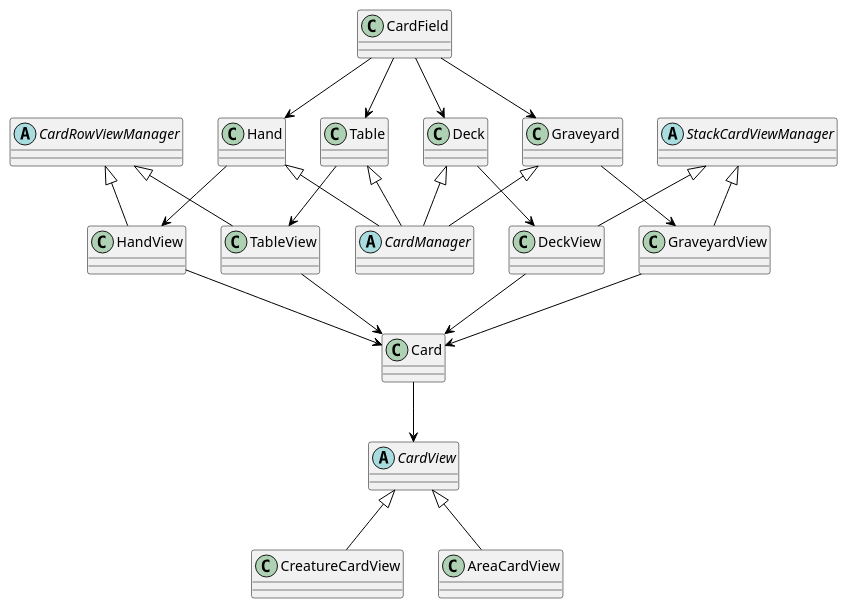
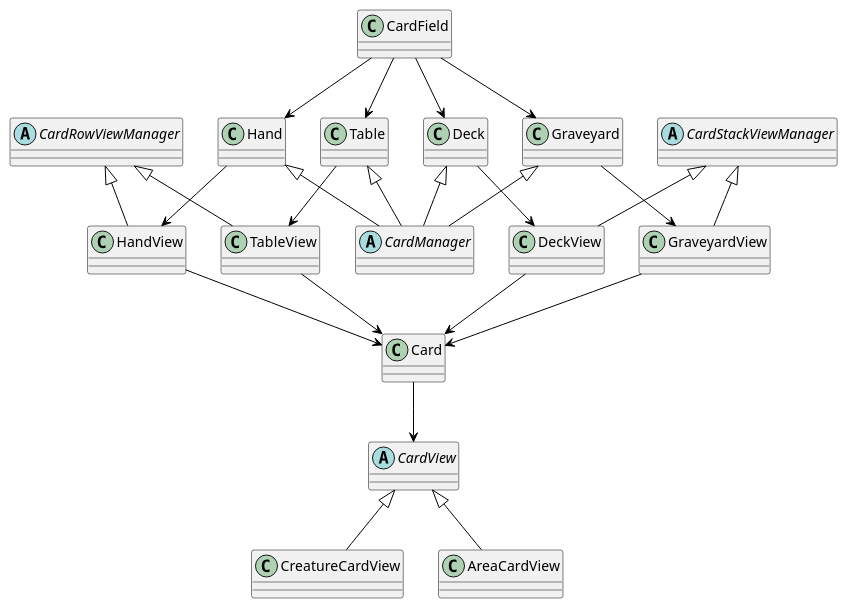
One commit to gamesFTW/phaser-card-game-client changed the diagram in uml/cards.puml. Above: the diagram before and after it, drawn with PlantUML. The commit also changed 11 other files, not shown here.

Commit message:
+ All new classes like in cards UML

```diff
--- a/uml/cards.puml
+++ b/uml/cards.puml
@@ -1,66 +1,66 @@
 @startuml
 
 skinparam class {
 	ArrowColor black
 	BorderColor black
 }
 
 skinparam stereotypeCBackgroundColor YellowGreen
 skinparam shadowing false
 
 
 class CardField
 CardField --> Hand
 CardField --> Table
 CardField --> Deck
 CardField --> Graveyard
 
 abstract CardView
 
 abstract CardManager
 
 abstract CardRowViewManager
 
-abstract StackCardViewManager
+abstract CardStackViewManager
 
 
 class Card
 Card --> CardView
 
 
 class CreatureCardView
 CardView <|-- CreatureCardView
 
 
 class AreaCardView
 CardView <|-- AreaCardView
 
 
 class Hand
 Hand <|-- CardManager
 Hand --> HandView
 HandView --> Card
 CardRowViewManager <|-- HandView
 
 
 class Table
 Table <|-- CardManager
 Table --> TableView
 TableView --> Card
 CardRowViewManager <|-- TableView
 
 class Graveyard
 Graveyard <|-- CardManager
 Graveyard --> GraveyardView
 GraveyardView --> Card
-StackCardViewManager <|-- GraveyardView
+CardStackViewManager <|-- GraveyardView
 
 
 class Deck
 Deck <|-- CardManager
 Deck  --> DeckView
 DeckView --> Card
-StackCardViewManager <|-- DeckView
+CardStackViewManager <|-- DeckView
 
 
 @enduml
```
